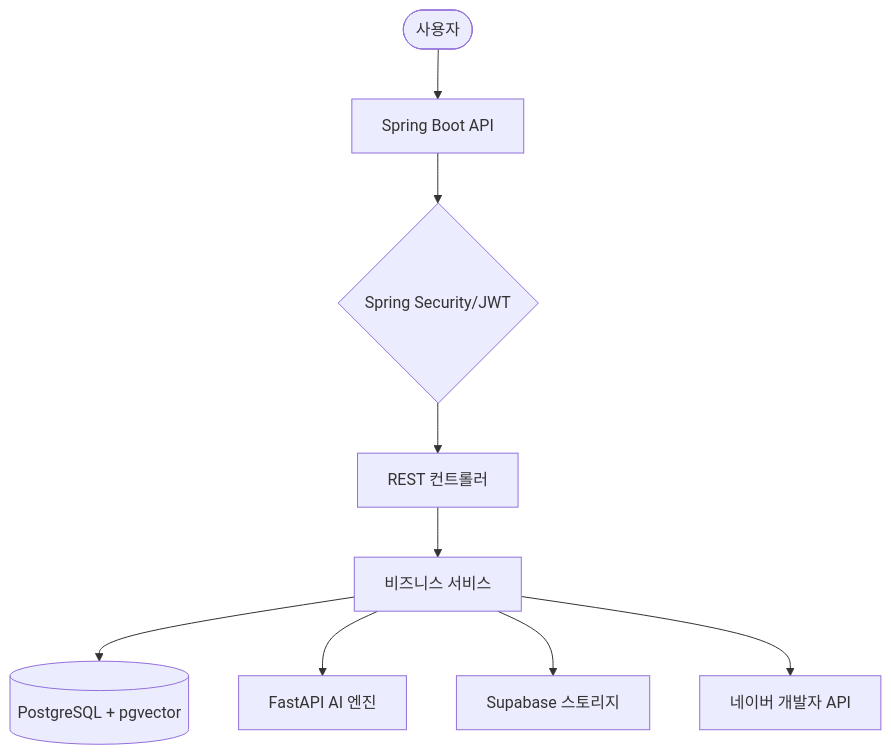
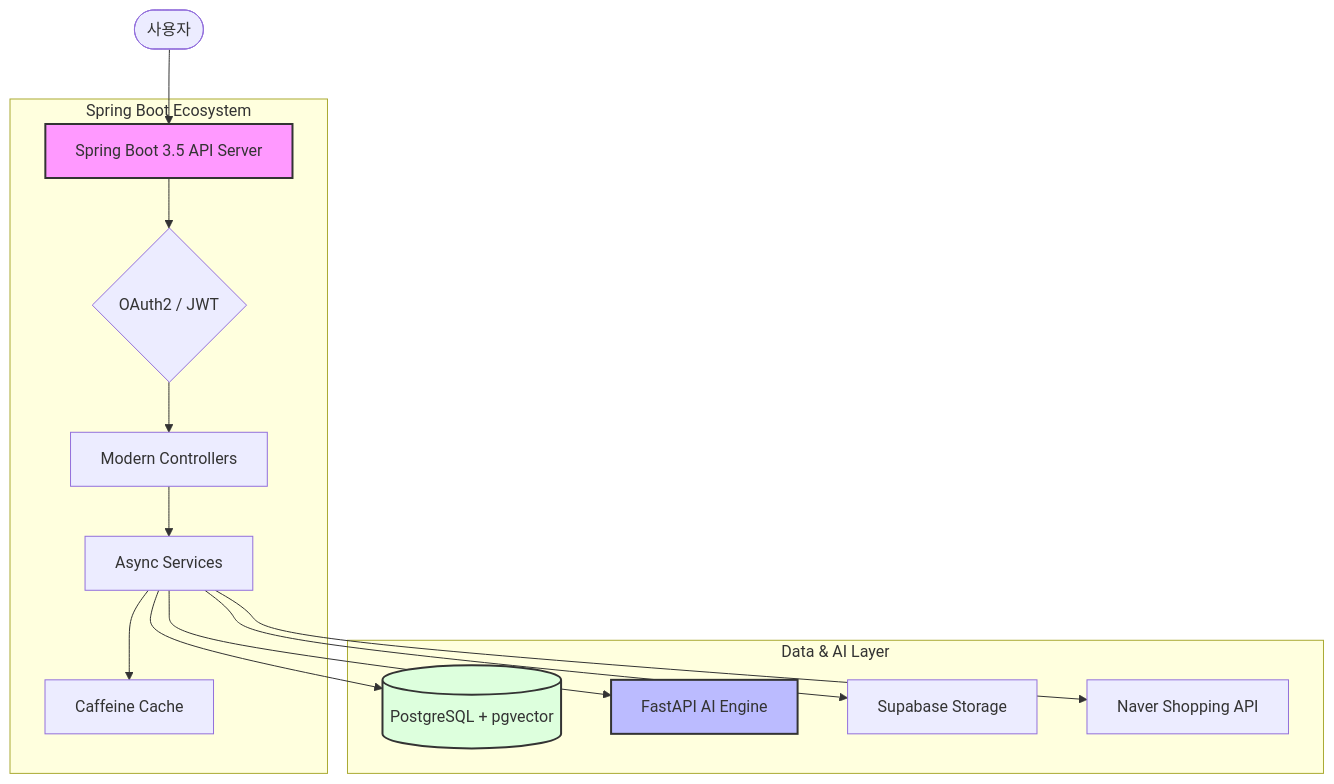
One commit to 270ml/Mainproject_backend changed the diagram in fashion-api/README.md. Above: the diagram before and after it, drawn with Mermaid. The commit also changed other lines of this file and 22 other files, not shown here.

````diff
--- a/fashion-api/README.md
+++ b/fashion-api/README.md
@@ -51,11 +38,21 @@
 ```mermaid
 graph TD
-    User([사용자]) --> WebServer[Spring Boot API]
-    WebServer --> Security{Spring Security/JWT}
-    Security --> Controller[REST 컨트롤러]
-    Controller --> Service[비즈니스 서비스]
-    Service --> Postgres[(PostgreSQL + pgvector)]
-    Service --> FastAPI[FastAPI AI 엔진]
-    Service --> Supabase[Supabase 스토리지]
-    Service --> NaverAPI[네이버 개발자 API]
+    User([사용자]) --> WebServer[Spring Boot 3.5 API Server]
+    subgraph "Spring Boot Ecosystem"
+        WebServer --> Security{OAuth2 / JWT}
+        Security --> Controller[Modern Controllers]
+        Controller --> Service[Async Services]
+        Service --> Cache[Caffeine Cache]
+    end
+    
+    subgraph "Data & AI Layer"
+        Service --> Postgres[(PostgreSQL + pgvector)]
+        Service --> FastAPI[FastAPI AI Engine]
+        Service --> Supabase[Supabase Storage]
+        Service --> NaverAPI[Naver Shopping API]
+    end
+    
+    style WebServer fill:#f9f,stroke:#333,stroke-width:2px
+    style FastAPI fill:#bbf,stroke:#333,stroke-width:2px
+    style Postgres fill:#dfd,stroke:#333,stroke-width:2px
 ```
````
